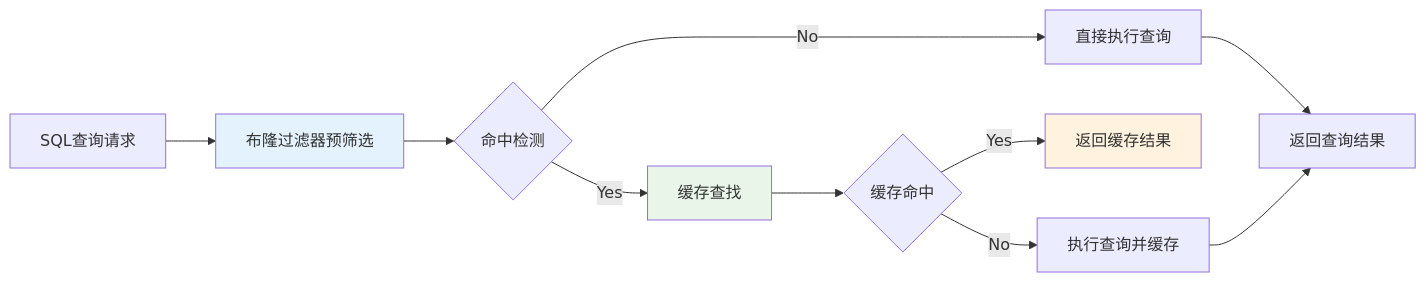
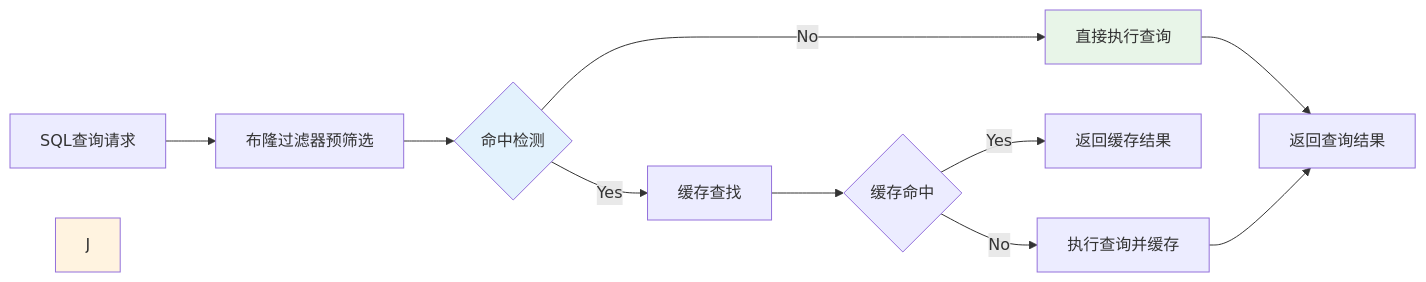
Before and after one commit to crazypenguincode/duckdb: the first of 5 diagrams in md/第三章-基于布隆过滤器的SQL和CTE动态缓存技术.md, drawn with Mermaid. The commit also changed other lines of this file, not shown here.

````diff
--- a/md/第三章-基于布隆过滤器的SQL和CTE动态缓存技术.md
+++ b/md/第三章-基于布隆过滤器的SQL和CTE动态缓存技术.md
@@ -16,16 +16,16 @@
 ```mermaid
 flowchart LR
     A[SQL查询请求] --> B[布隆过滤器预筛选]
     B --> C{命中检测}
     C -->|No| D[直接执行查询]
     C -->|Yes| E[缓存查找]
     E --> F{缓存命中}
     F -->|Yes| G[返回缓存结果]
     F -->|No| H[执行查询并缓存]
     D --> I[返回查询结果]
     H --> I
     
-    style B fill:#e3f2fd
-    style E fill:#e8f5e8
-    style G fill:#fff3e0
+    style C fill:#e3f2fd
+    style D fill:#e8f5e8
+    style J fill:#fff3e0
 ```
````
